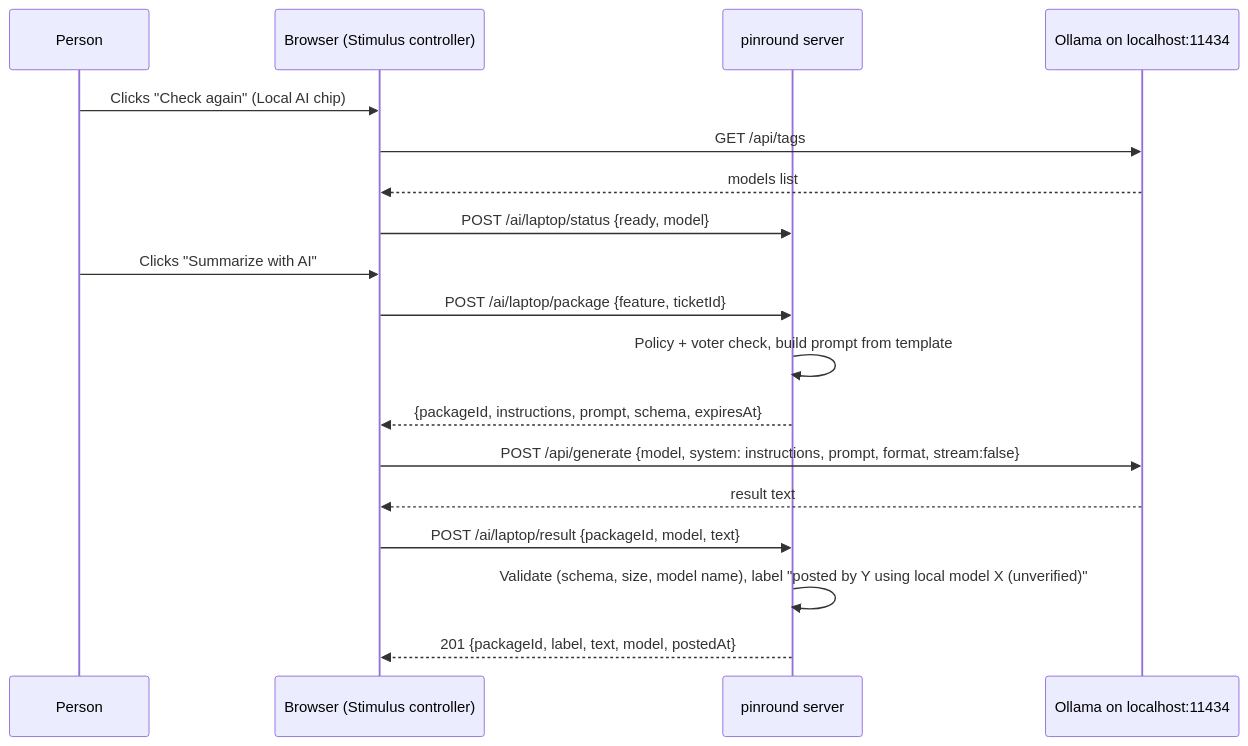
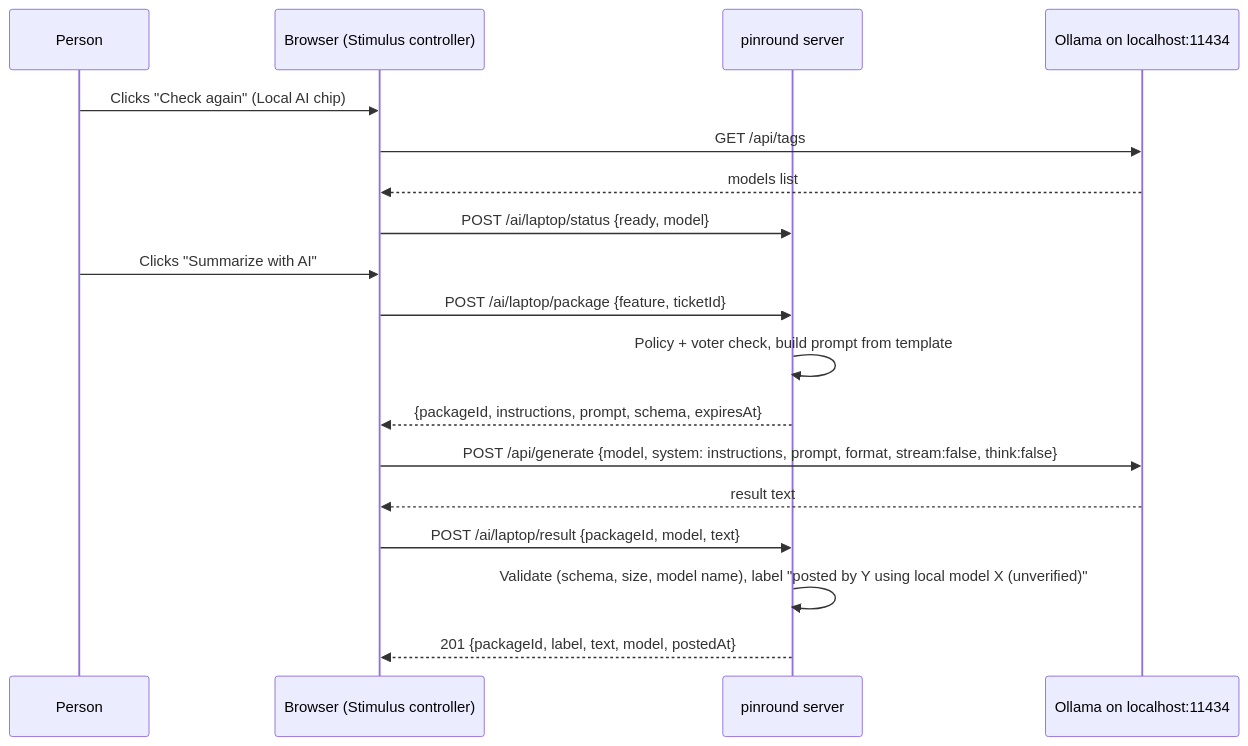
One commit to Mir-Zairan/pinround-symfony changed the third of 3 diagrams in docs/02-architecture/ai-architecture.md. Above: the diagram before and after it, drawn with Mermaid. The commit also changed other lines of this file and 2 other files, not shown here.

````diff
--- a/docs/02-architecture/ai-architecture.md
+++ b/docs/02-architecture/ai-architecture.md
@@ -232,20 +232,20 @@
 ```mermaid
 sequenceDiagram
   participant U as Person
   participant B as Browser (Stimulus controller)
   participant P as pinround server
   participant O as Ollama on localhost:11434
   U->>B: Clicks "Check again" (Local AI chip)
   B->>O: GET /api/tags
   O-->>B: models list
   B->>P: POST /ai/laptop/status {ready, model}
   U->>B: Clicks "Summarize with AI"
   B->>P: POST /ai/laptop/package {feature, ticketId}
   P->>P: Policy + voter check, build prompt from template
   P-->>B: {packageId, instructions, prompt, schema, expiresAt}
-  B->>O: POST /api/generate {model, system: instructions, prompt, format, stream:false}
+  B->>O: POST /api/generate {model, system: instructions, prompt, format, stream:false, think:false}
   O-->>B: result text
   B->>P: POST /ai/laptop/result {packageId, model, text}
   P->>P: Validate (schema, size, model name), label "posted by Y using local model X (unverified)"
   P-->>B: 201 {packageId, label, text, model, postedAt}
 ```
````
